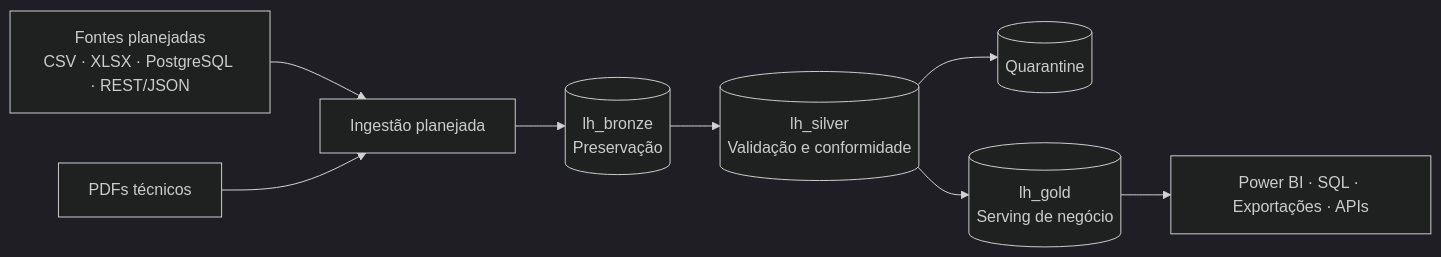
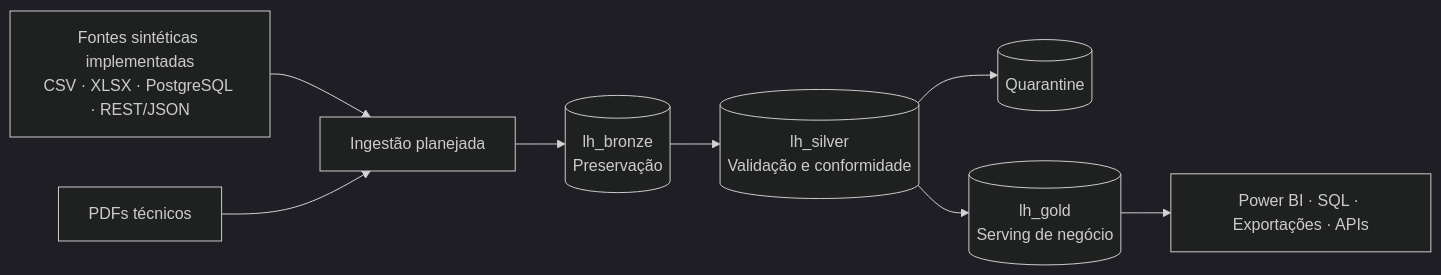
The diagram in README.md (LuidiC/industrial-data-platform), drawn with Mermaid (dark theme) before and after one commit. The commit also changed other lines of this file and 58 other files, not shown here.

````diff
--- a/README.md
+++ b/README.md
@@ -47,10 +54,10 @@
 ```mermaid
 flowchart LR
-    SOURCES[Fontes planejadas<br/>CSV · XLSX · PostgreSQL · REST/JSON] --> INGEST[Ingestão planejada]
+    SOURCES[Fontes sintéticas implementadas<br/>CSV · XLSX · PostgreSQL · REST/JSON] --> INGEST[Ingestão planejada]
     INGEST --> BRONZE[(lh_bronze<br/>Preservação)]
     PDF[PDFs técnicos] --> INGEST
     BRONZE --> SILVER[(lh_silver<br/>Validação e conformidade)]
     SILVER --> QUARANTINE[(Quarantine)]
     SILVER --> GOLD[(lh_gold<br/>Serving de negócio)]
     GOLD --> CONSUMERS[Power BI · SQL · Exportações · APIs]
 ```
````
